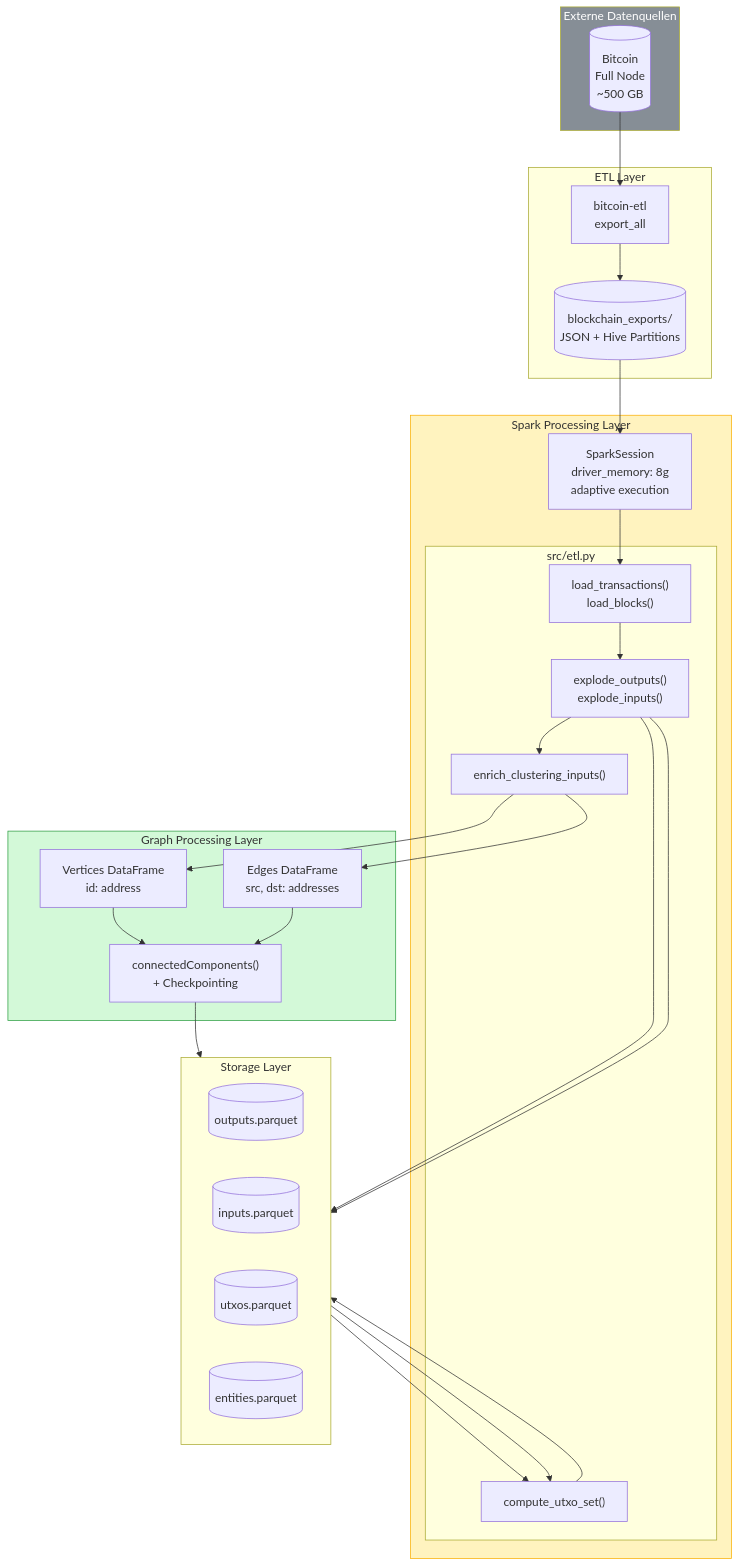
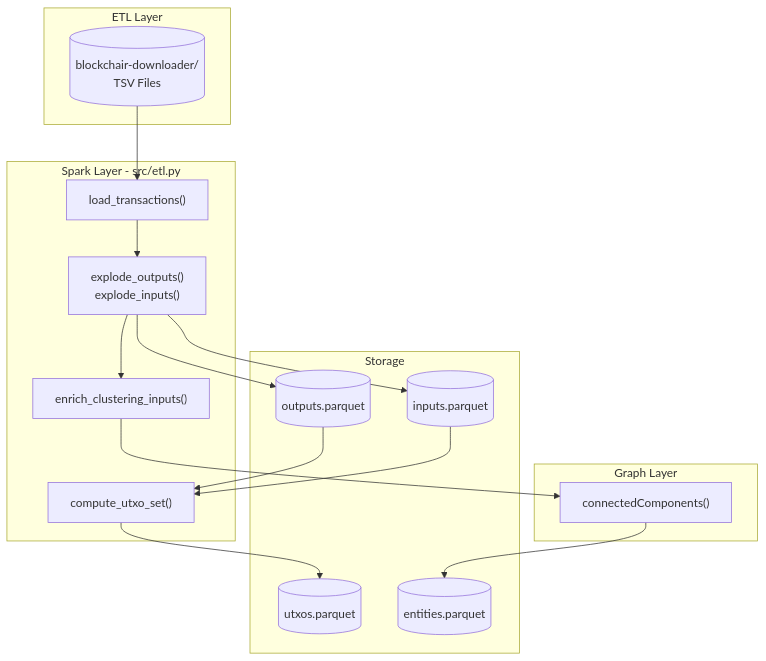
Before and after one commit to RomanRnlt/bitcoin-whale-intelligence: the second of 4 diagrams in docs/PROJECT_CONTEXT.md, drawn with Mermaid. The commit also changed other lines of this file and 4 other files, not shown here.

````diff
--- a/docs/PROJECT_CONTEXT.md
+++ b/docs/PROJECT_CONTEXT.md
@@ -59,47 +52,29 @@
 ```mermaid
 flowchart TB
-    subgraph external["Externe Datenquellen"]
-        NODE[("Bitcoin<br/>Full Node<br/>~500 GB")]
+    subgraph etl["ETL Layer"]
+        RAW[("blockchair-downloader/<br/>TSV Files")]
     end
 
-    subgraph etl_layer["ETL Layer"]
-        EXPORT["bitcoin-etl<br/>export_all"]
-        RAW[("blockchain_exports/<br/>JSON + Hive Partitions")]
+    subgraph spark["Spark Layer - src/etl.py"]
+        LOAD["load_transactions()"]
+        EXPLODE["explode_outputs()<br/>explode_inputs()"]
+        UTXO["compute_utxo_set()"]
+        ENRICH["enrich_clustering_inputs()"]
     end
 
-    subgraph spark_layer["Spark Processing Layer"]
-        subgraph src["src/etl.py"]
-            LOAD["load_transactions()<br/>load_blocks()"]
-            EXPLODE["explode_outputs()<br/>explode_inputs()"]
-            UTXO["compute_utxo_set()"]
-            ENRICH["enrich_clustering_inputs()"]
-        end
-
-        SESSION["SparkSession<br/>driver_memory: 8g<br/>adaptive execution"]
-    end
-
-    subgraph storage["Storage Layer"]
-        direction LR
+    subgraph storage["Storage"]
         OUT[("outputs.parquet")]
         INP[("inputs.parquet")]
         UTXOS[("utxos.parquet")]
         ENTS[("entities.parquet")]
     end
 
-    subgraph graph_layer["Graph Processing Layer"]
-        VERTICES["Vertices DataFrame<br/>id: address"]
-        EDGES["Edges DataFrame<br/>src, dst: addresses"]
-        CC["connectedComponents()<br/>+ Checkpointing"]
+    subgraph graph["Graph Layer"]
+        CC["connectedComponents()"]
     end
 
-    NODE --> EXPORT --> RAW
-    RAW --> SESSION --> LOAD
-    LOAD --> EXPLODE --> OUT & INP
+    RAW --> LOAD --> EXPLODE
+    EXPLODE --> OUT & INP
     OUT & INP --> UTXO --> UTXOS
-    EXPLODE --> ENRICH --> VERTICES & EDGES
-    VERTICES & EDGES --> CC --> ENTS
-
-    style external fill:#868e96,color:#fff
-    style spark_layer fill:#fff3bf,stroke:#fab005
-    style graph_layer fill:#d3f9d8,stroke:#2f9e44
+    EXPLODE --> ENRICH --> CC --> ENTS
 ```
````
